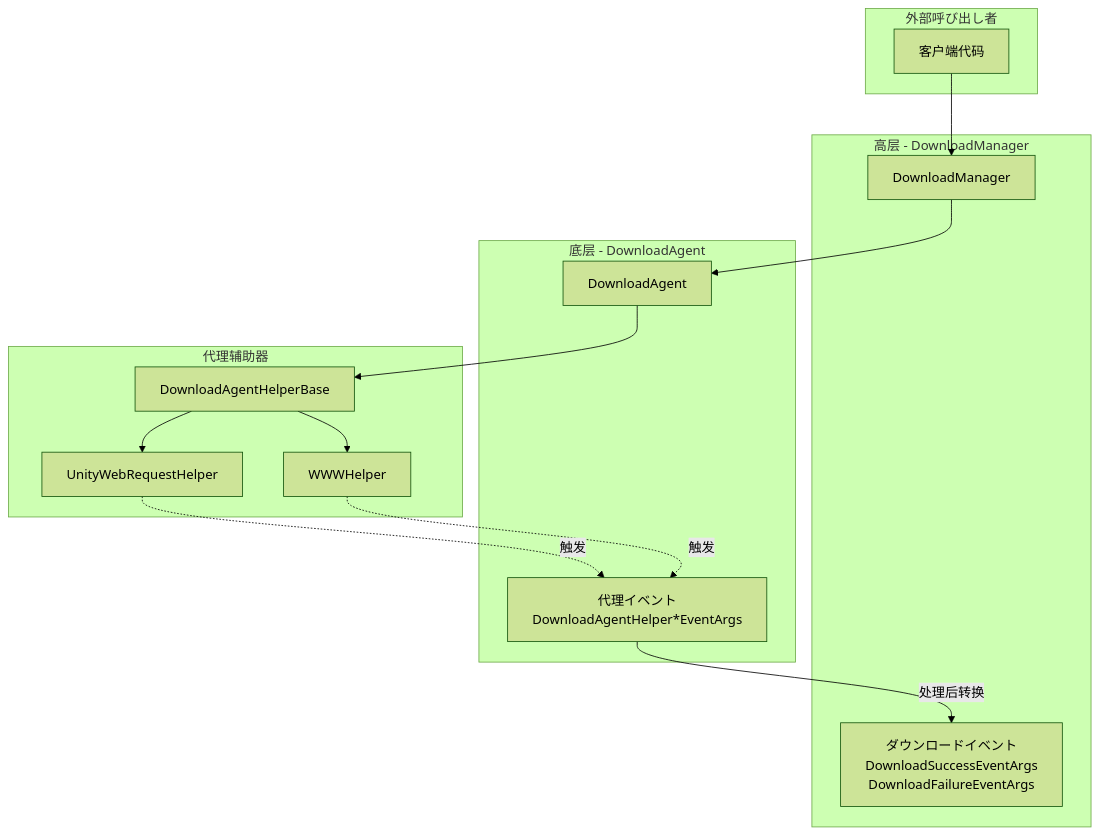
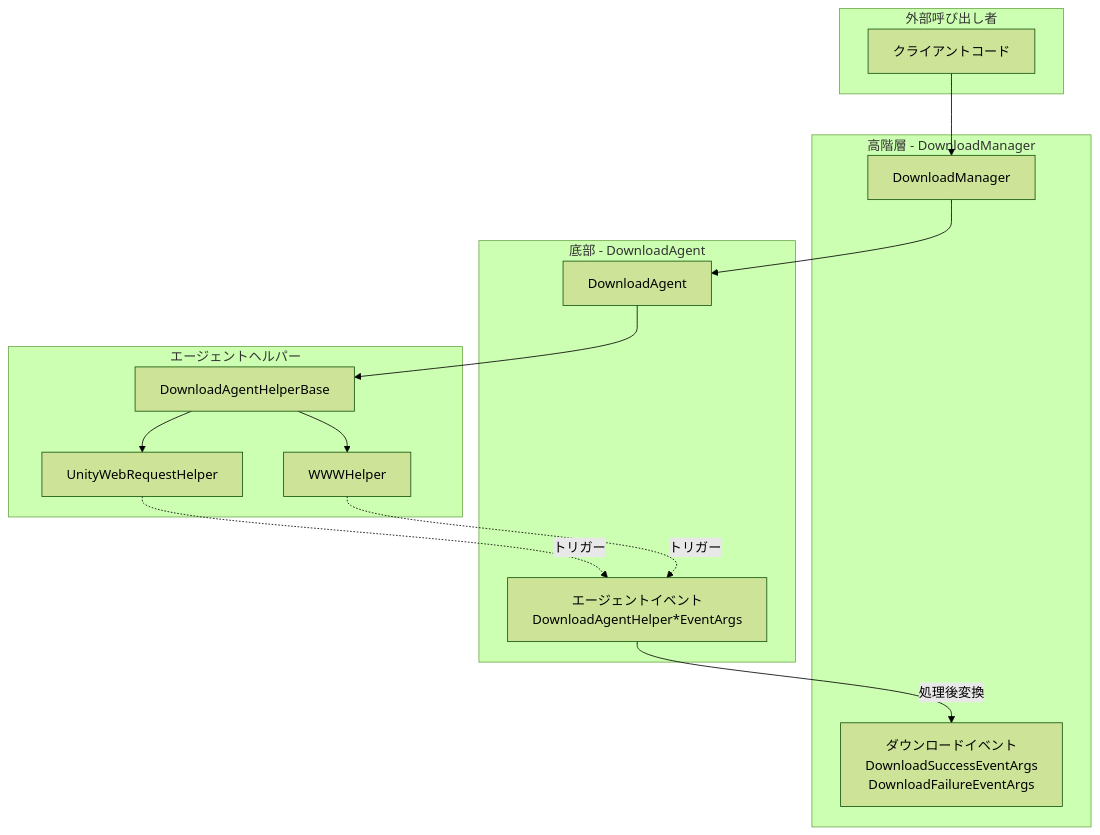
Before and after one commit to AlianBlank/GameFrameX.Docs: the first of 3 diagrams in docs/ja/client/unity/component/download/14.agent-events.md, drawn with Mermaid (forest theme). The commit also changed other lines of this file and 320 other files, not shown here.

````diff
--- a/docs/ja/client/unity/component/download/14.agent-events.md
+++ b/docs/ja/client/unity/component/download/14.agent-events.md
@@ -25,32 +25,32 @@
 ```mermaid
 flowchart TD
     subgraph External["外部呼び出し者"]
-        Client[客户端代码]
+        Client[クライアントコード]
     end
 
-    subgraph HighLevel["高层 - DownloadManager"]
+    subgraph HighLevel["高階層 - DownloadManager"]
         DM[DownloadManager]
         DE[ダウンロードイベント<br/>DownloadSuccessEventArgs<br/>DownloadFailureEventArgs]
     end
 
-    subgraph LowLevel["底层 - DownloadAgent"]
+    subgraph LowLevel["底部 - DownloadAgent"]
         Agent[DownloadAgent]
-        AEA[代理イベント<br/>DownloadAgentHelper*EventArgs]
+        AEA[エージェントイベント<br/>DownloadAgentHelper*EventArgs]
     end
 
-    subgraph Helper["代理辅助器"]
+    subgraph Helper["エージェントヘルパー"]
         HelperBase[DownloadAgentHelperBase]
         UWR[UnityWebRequestHelper]
         WWW[WWWHelper]
     end
 
     Client --> DM
     DM --> Agent
     Agent --> HelperBase
     HelperBase --> UWR
     HelperBase --> WWW
 
-    UWR -.->|触发| AEA
-    WWW -.->|触发| AEA
-    AEA -->|处理后转换| DE
+    UWR -.->|トリガー| AEA
+    WWW -.->|トリガー| AEA
+    AEA -->|処理後変換| DE
 ```
````
